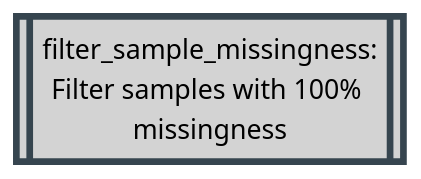
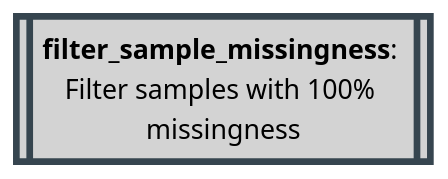
Before and after one commit to Tuks-ICMM/Pharmacogenetic-Analysis-Pipeline: diagram 11 of 30 in docs/02-workflow/02-methodology.md, drawn with Mermaid (neutral theme). The commit also changed other lines of this file, not shown here.

````diff
--- a/docs/02-workflow/02-methodology.md
+++ b/docs/02-workflow/02-methodology.md
@@ -783,8 +533,7 @@
   ```mermaid
   flowchart TD
+    filter_sample_missingness[[<b>filter_sample_missingness</b>: <br>Filter samples with 100% <br>missingness]]
+
     classDef plink stroke:#36454F,fill:#D3D3D3,stroke-width:4px,color:black;
-
-    filter_sample_missingness[[filter_sample_missingness:
-Filter samples with 100% missingness]]
     class filter_sample_missingness plink;
   ```
````
